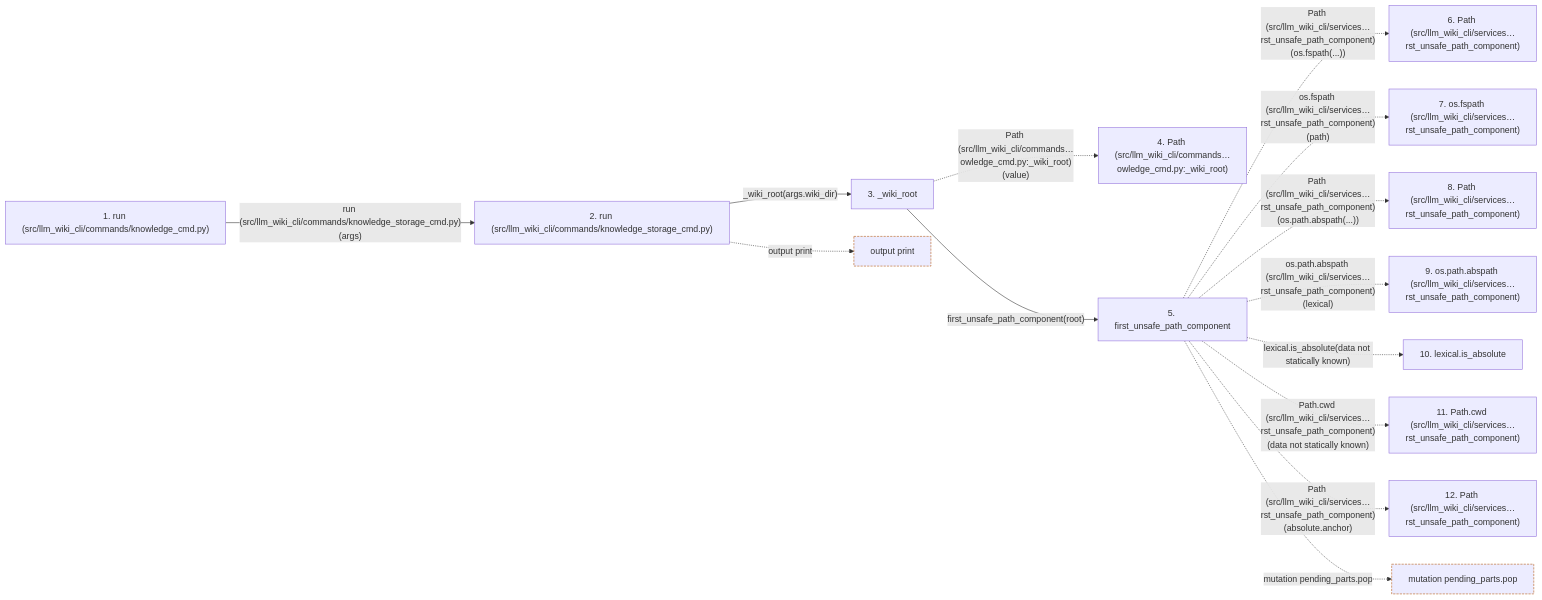
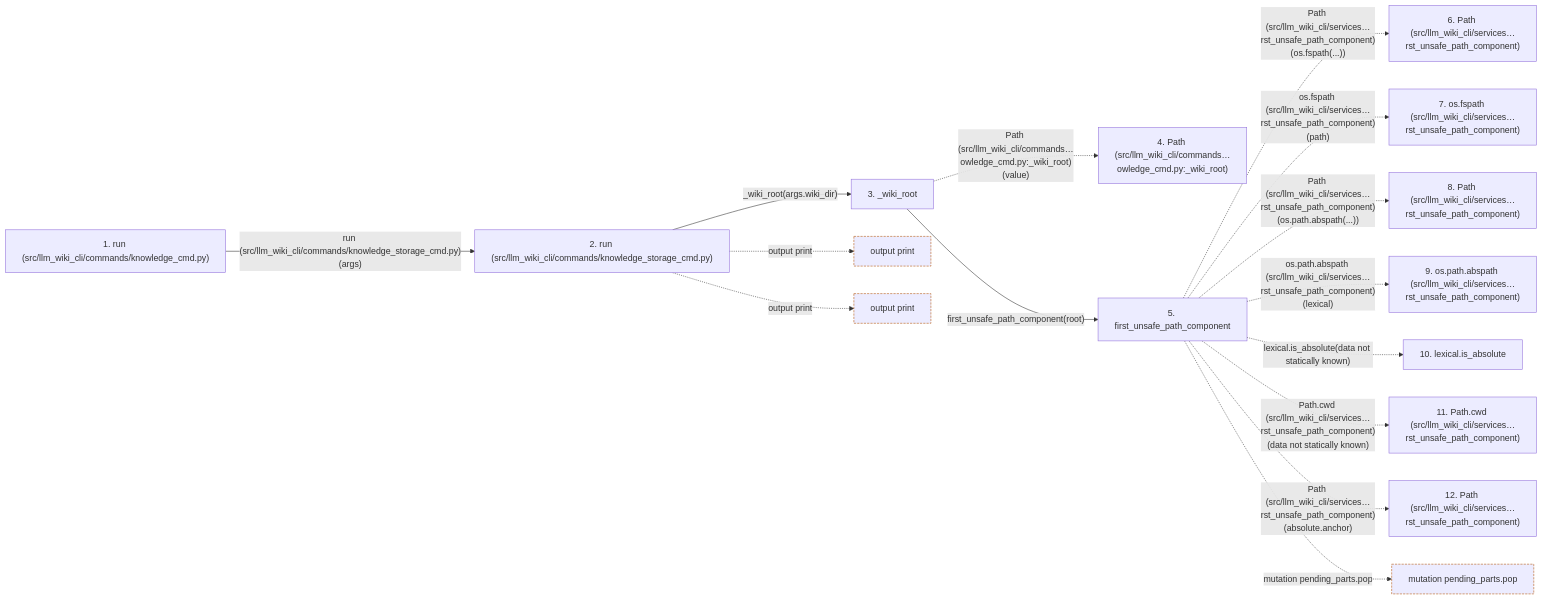
The second of 2 diagrams in docs/llm_wiki/flows/api-run-knowledge_cmd.md (Denissvgn/python-wiki-llm), drawn with Mermaid before and after one commit. The commit also changed other lines of this file and 6105 other files, not shown here.

````diff
--- a/docs/llm_wiki/flows/api-run-knowledge_cmd.md
+++ b/docs/llm_wiki/flows/api-run-knowledge_cmd.md
@@ -125,37 +125,40 @@
 ```mermaid
 flowchart LR
     s1["1. run (src/llm_wiki_cli/commands/knowledge_cmd.py)"]
     s2["2. run (src/llm_wiki_cli/commands/knowledge_storage_cmd.py)"]
     s3["3. _wiki_root"]
     s4["4. Path (src/llm_wiki_cli/commands…owledge_cmd.py:_wiki_root)"]
     s5["5. first_unsafe_path_component"]
     s6["6. Path (src/llm_wiki_cli/services…rst_unsafe_path_component)"]
     s7["7. os.fspath (src/llm_wiki_cli/services…rst_unsafe_path_component)"]
     s8["8. Path (src/llm_wiki_cli/services…rst_unsafe_path_component)"]
     s9["9. os.path.abspath (src/llm_wiki_cli/services…rst_unsafe_path_component)"]
     s10["10. lexical.is_absolute"]
     s11["11. Path.cwd (src/llm_wiki_cli/services…rst_unsafe_path_component)"]
     s12["12. Path (src/llm_wiki_cli/services…rst_unsafe_path_component)"]
     s1 -->|"run (src/llm_wiki_cli/commands/knowledge_storage_cmd.py)(args)"| s2
     s2 -->|"_wiki_root(args.wiki_dir)"| s3
     s3 -. "Path (src/llm_wiki_cli/commands…owledge_cmd.py:_wiki_root)(value)" .-> s4
     s3 -->|"first_unsafe_path_component(root)"| s5
     s5 -. "Path (src/llm_wiki_cli/services…rst_unsafe_path_component)(os.fspath(...))" .-> s6
     s5 -. "os.fspath (src/llm_wiki_cli/services…rst_unsafe_path_component)(path)" .-> s7
     s5 -. "Path (src/llm_wiki_cli/services…rst_unsafe_path_component)(os.path.abspath(...))" .-> s8
     s5 -. "os.path.abspath (src/llm_wiki_cli/services…rst_unsafe_path_component)(lexical)" .-> s9
     s5 -. "lexical.is_absolute(data not statically known)" .-> s10
     s5 -. "Path.cwd (src/llm_wiki_cli/services…rst_unsafe_path_component)(data not statically known)" .-> s11
     s5 -. "Path (src/llm_wiki_cli/services…rst_unsafe_path_component)(absolute.anchor)" .-> s12
     b0["output print"]
     s2 -. "output print" .-> b0
-    b1["mutation pending_parts.pop"]
-    s5 -. "mutation pending_parts.pop" .-> b1
+    b1["output print"]
+    s2 -. "output print" .-> b1
+    b2["mutation pending_parts.pop"]
+    s5 -. "mutation pending_parts.pop" .-> b2
     click s1 "../modules/knowledge_cmd.md"
     click s2 "../modules/knowledge_storage_cmd.md"
     click s3 "../modules/knowledge_cmd.md"
     click s5 "../modules/io.md"
     classDef boundary stroke:#b45309,stroke-dasharray: 4 2
     class b0 boundary
     class b1 boundary
+    class b2 boundary
 ```
````
